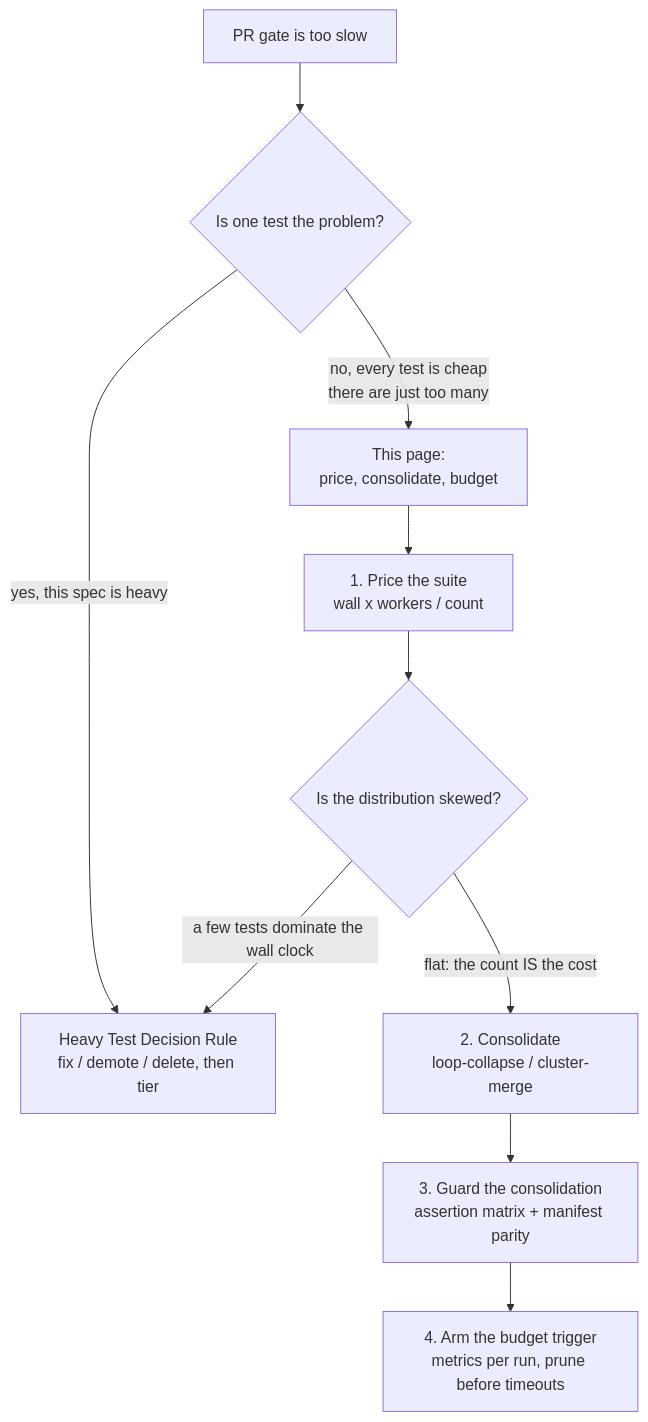
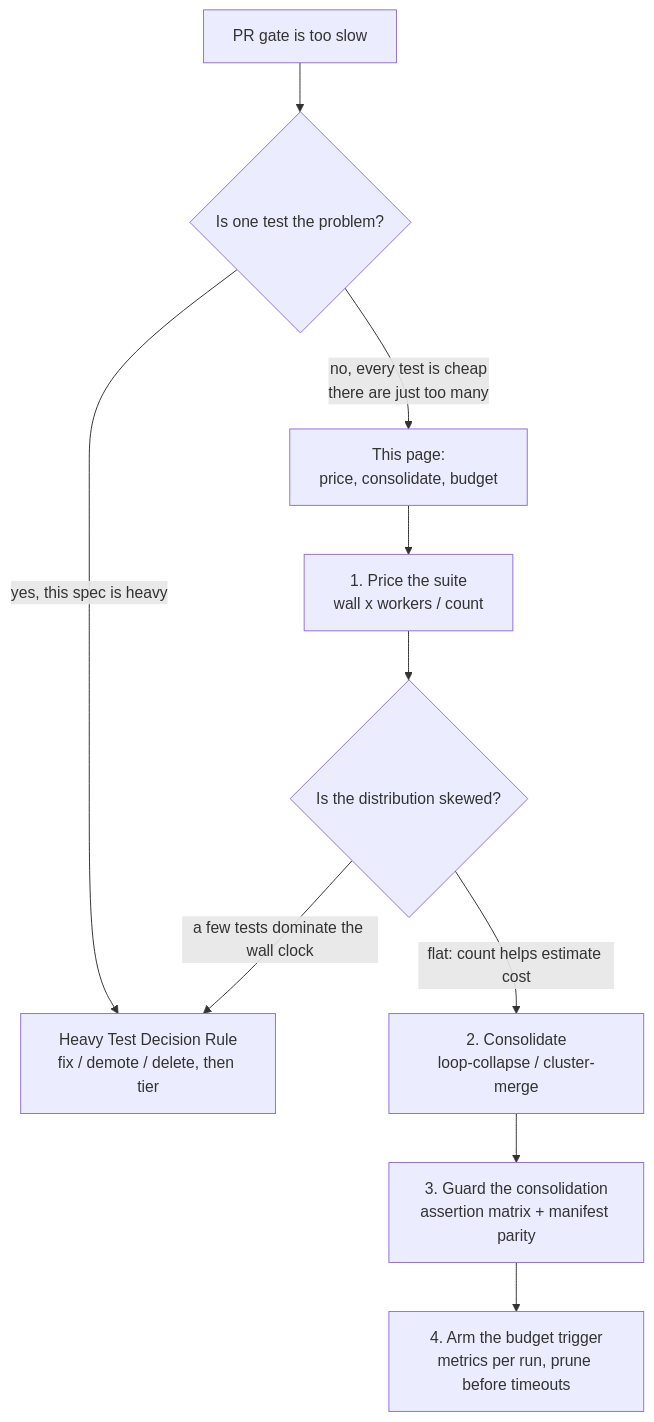
The diagram in src/content/docs-ja/decision-guide/aggregate-suite-budget.mdx (Takazudo/zudo-test-wisdom), drawn with Mermaid before and after one commit. The commit also changed other lines of this file and 43 other files, not shown here.

````diff
--- a/src/content/docs-ja/decision-guide/aggregate-suite-budget.mdx
+++ b/src/content/docs-ja/decision-guide/aggregate-suite-budget.mdx
@@ -24,12 +24,12 @@
 ```mermaid
 flowchart TD
   A[PR gate is too slow] --> B{Is one test the problem?}
   B -->|yes, this spec is heavy| H[Heavy Test Decision Rule<br/>fix / demote / delete, then tier]
   B -->|no, every test is cheap<br/>there are just too many| C[This page:<br/>price, consolidate, budget]
   C --> P[1. Price the suite<br/>wall x workers / count]
   P --> Q{Is the distribution skewed?}
   Q -->|a few tests dominate the wall clock| H
-  Q -->|flat: the count IS the cost| R[2. Consolidate<br/>loop-collapse / cluster-merge]
+  Q -->|flat: count helps estimate cost| R[2. Consolidate<br/>loop-collapse / cluster-merge]
   R --> S[3. Guard the consolidation<br/>assertion matrix + manifest parity]
   S --> T[4. Arm the budget trigger<br/>metrics per run, prune before timeouts]
 ```
````
